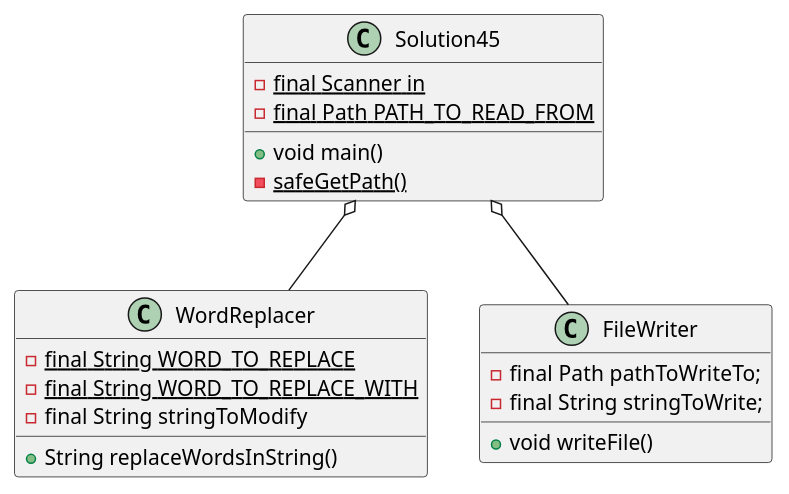
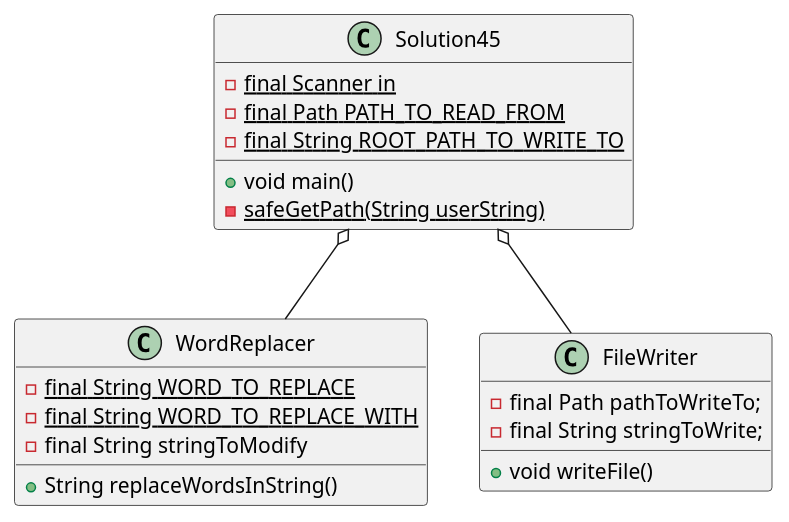
The diagram in exercise45/docs/exercise45diagram.puml (RadoMiami-UCF/guthre-a04), drawn with PlantUML before and after one commit.

Commit message:
Small fix to UML diagram

```diff
--- a/exercise45/docs/exercise45diagram.puml
+++ b/exercise45/docs/exercise45diagram.puml
@@ -1,24 +1,25 @@
 @startuml
 Solution45 o-- WordReplacer
 Solution45 o-- FileWriter
 
 class Solution45 {
 -{static} final Scanner in
 -{static} final Path PATH_TO_READ_FROM
+-{static} final String ROOT_PATH_TO_WRITE_TO
 +void main()
--{static} safeGetPath()
+-{static} safeGetPath(String userString)
 }
 
 class WordReplacer {
 -{static} final String WORD_TO_REPLACE
 -{static} final String WORD_TO_REPLACE_WITH
 -final String stringToModify
 +String replaceWordsInString()
 }
 
 class FileWriter {
 -final Path pathToWriteTo;
 -final String stringToWrite;
 +void writeFile()
 }
 @enduml
```
